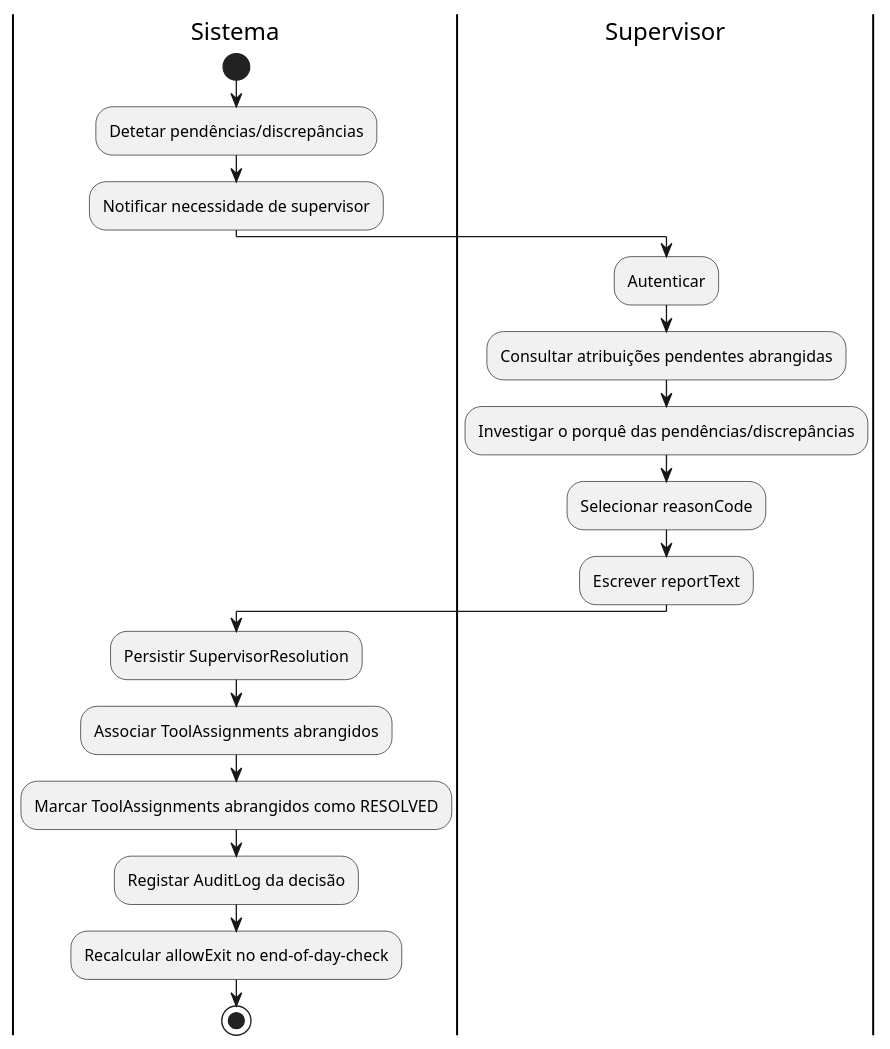
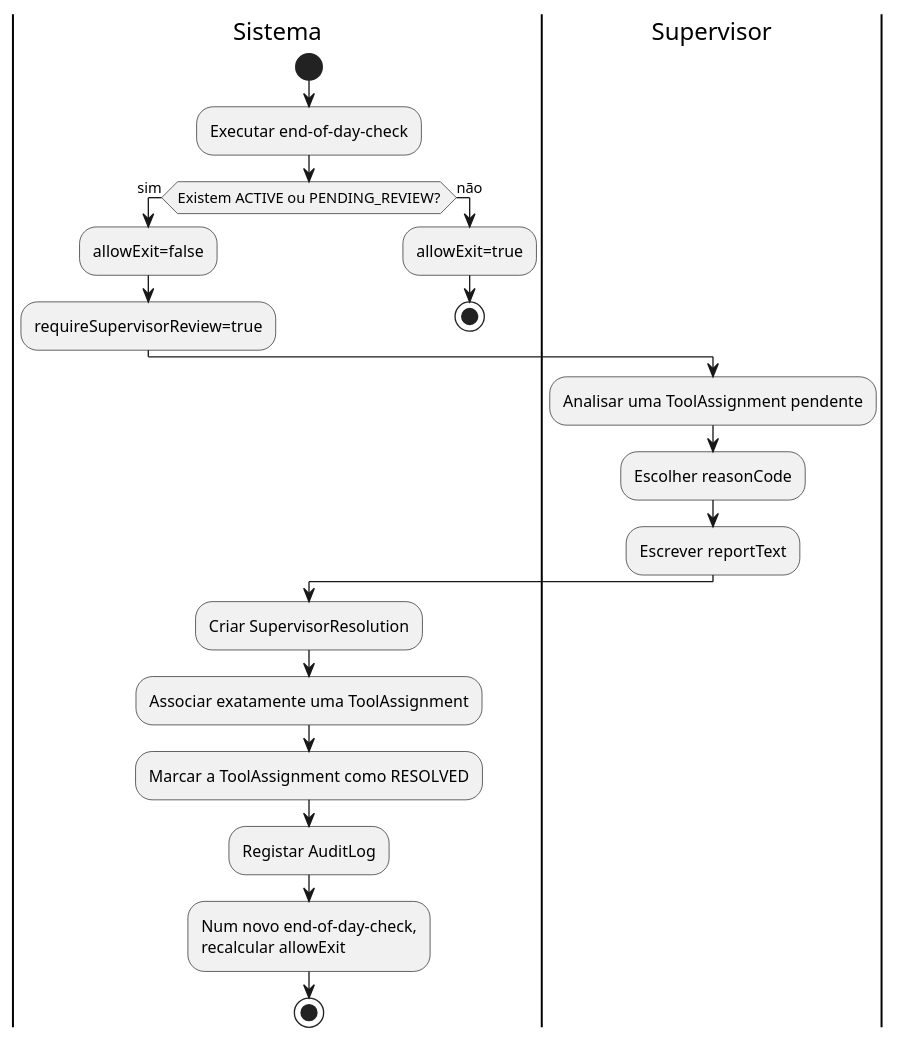
Before and after one commit to ricardo-nobre/smart-tool-cabinets-api: the diagram in docs/diagrams/supervisor-resolution-flow.puml, drawn with PlantUML. The commit also changed 30 other files, not shown here.

Commit message:
Consolidate single-assignment supervisor resolution and end-of-day rules

```diff
--- a/docs/diagrams/supervisor-resolution-flow.puml
+++ b/docs/diagrams/supervisor-resolution-flow.puml
@@ -1,22 +1,25 @@
 @startuml
 |Sistema|
 start
-:Detetar pendências/discrepâncias;
-:Notificar necessidade de supervisor;
+:Executar end-of-day-check;
+if (Existem ACTIVE ou PENDING_REVIEW?) then (sim)
+  :allowExit=false;
+  :requireSupervisorReview=true;
+else (não)
+  :allowExit=true;
+  stop
+endif
 
 |Supervisor|
-:Autenticar;
-:Consultar atribuições pendentes abrangidas;
-:Investigar o porquê das pendências/discrepâncias;
-:Selecionar reasonCode;
+:Analisar uma ToolAssignment pendente;
+:Escolher reasonCode;
 :Escrever reportText;
 
 |Sistema|
-:Persistir SupervisorResolution;
-:Associar ToolAssignments abrangidos;
-:Marcar ToolAssignments abrangidos como RESOLVED;
-:Registar AuditLog da decisão;
-:Recalcular allowExit no end-of-day-check;
-
+:Criar SupervisorResolution;
+:Associar exatamente uma ToolAssignment;
+:Marcar a ToolAssignment como RESOLVED;
+:Registar AuditLog;
+:Num novo end-of-day-check,\nrecalcular allowExit;
 stop
 @enduml
```
